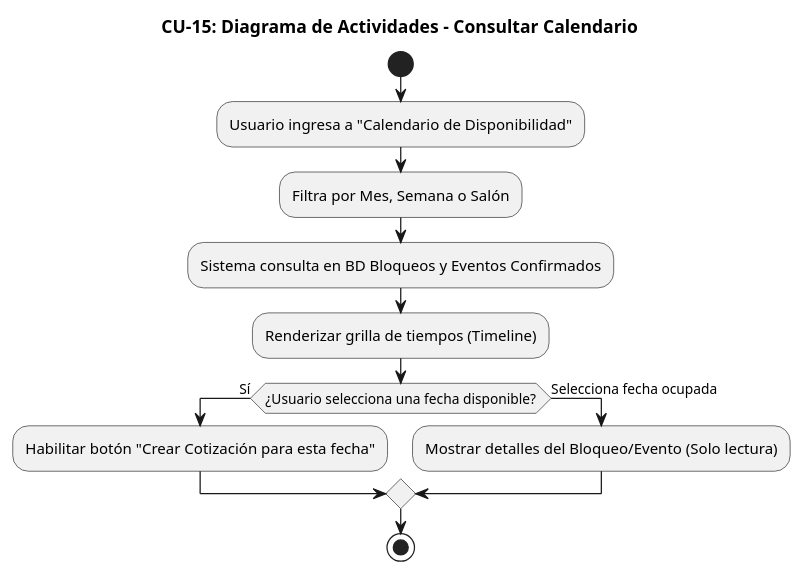
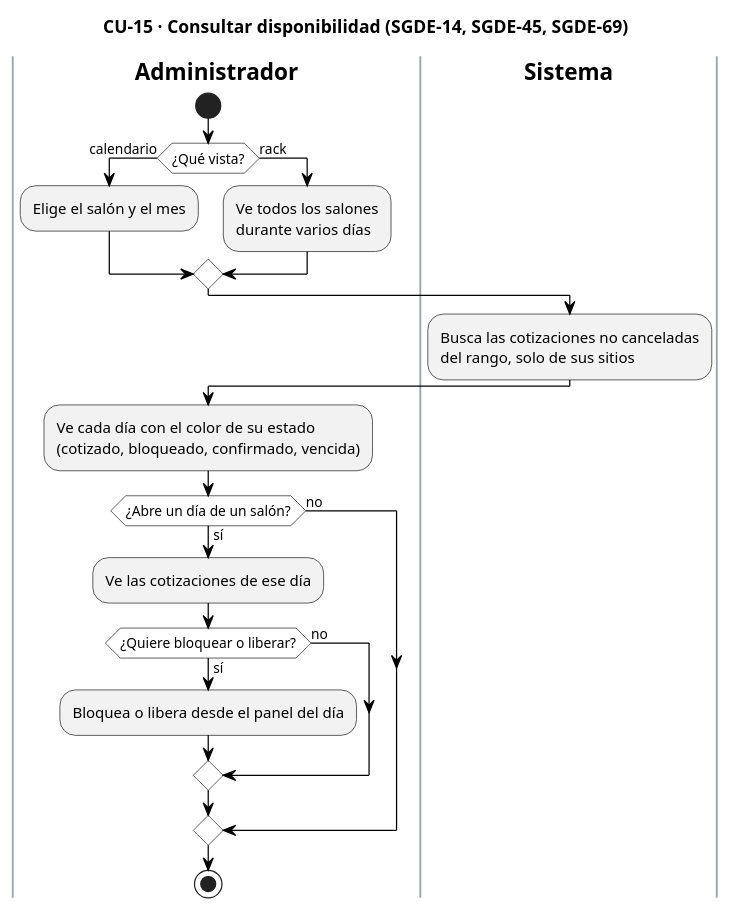
Before and after one commit to AndreCamx2/Gestion-De-Eventos: the diagram in docs/Diagrama de actividades/CU15_ConsultarCalendario.pu, drawn with PlantUML. The commit also changed 172 other files, not shown here.

First line of the commit message:
docs(diagramas): alinear los diagramas con el sistema construido

```diff
--- a/docs/Diagrama de actividades/CU15_ConsultarCalendario.pu
+++ b/docs/Diagrama de actividades/CU15_ConsultarCalendario.pu
@@ -1,16 +1,39 @@
 @startuml CU15_ConsultarCalendario
-title CU-15: Diagrama de Actividades - Consultar Calendario
+title CU-15 · Consultar disponibilidad (SGDE-14, SGDE-45, SGDE-69)
 skinparam backgroundColor white
+skinparam ActivityBackgroundColor #F2F2F2
+skinparam ActivityBorderColor black
+skinparam ActivityDiamondBackgroundColor white
+skinparam ActivityDiamondBorderColor black
+skinparam ArrowColor black
+skinparam SwimlaneBorderColor #9AA3AE
+skinparam SwimlaneTitleFontStyle bold
+skinparam note {
+  BackgroundColor #FFFBEA
+  BorderColor #B8A86B
+}
 
+|Administrador|
 start
-:Usuario ingresa a "Calendario de Disponibilidad";
-:Filtra por Mes, Semana o Salón;
-:Sistema consulta en BD Bloqueos y Eventos Confirmados;
-:Renderizar grilla de tiempos (Timeline);
-if (¿Usuario selecciona una fecha disponible?) then (Sí)
-  :Habilitar botón "Crear Cotización para esta fecha";
-else (Selecciona fecha ocupada)
-  :Mostrar detalles del Bloqueo/Evento (Solo lectura);
+if (¿Qué vista?) then (calendario)
+  :Elige el salón y el mes;
+else (rack)
+  :Ve todos los salones
+  durante varios días;
+endif
+|Sistema|
+:Busca las cotizaciones no canceladas
+del rango, solo de sus sitios;
+|Administrador|
+:Ve cada día con el color de su estado
+(cotizado, bloqueado, confirmado, vencida);
+if (¿Abre un día de un salón?) then (sí)
+  :Ve las cotizaciones de ese día;
+  if (¿Quiere bloquear o liberar?) then (sí)
+    :Bloquea o libera desde el panel del día;
+  else (no)
+  endif
+else (no)
 endif
 stop
 @enduml
```
